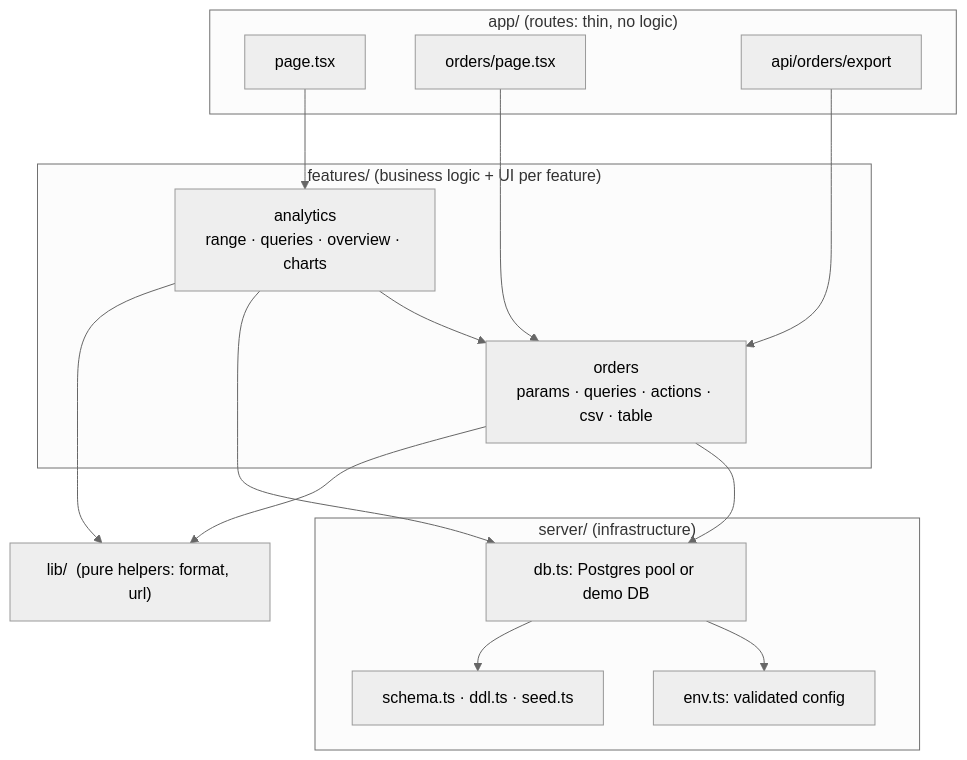
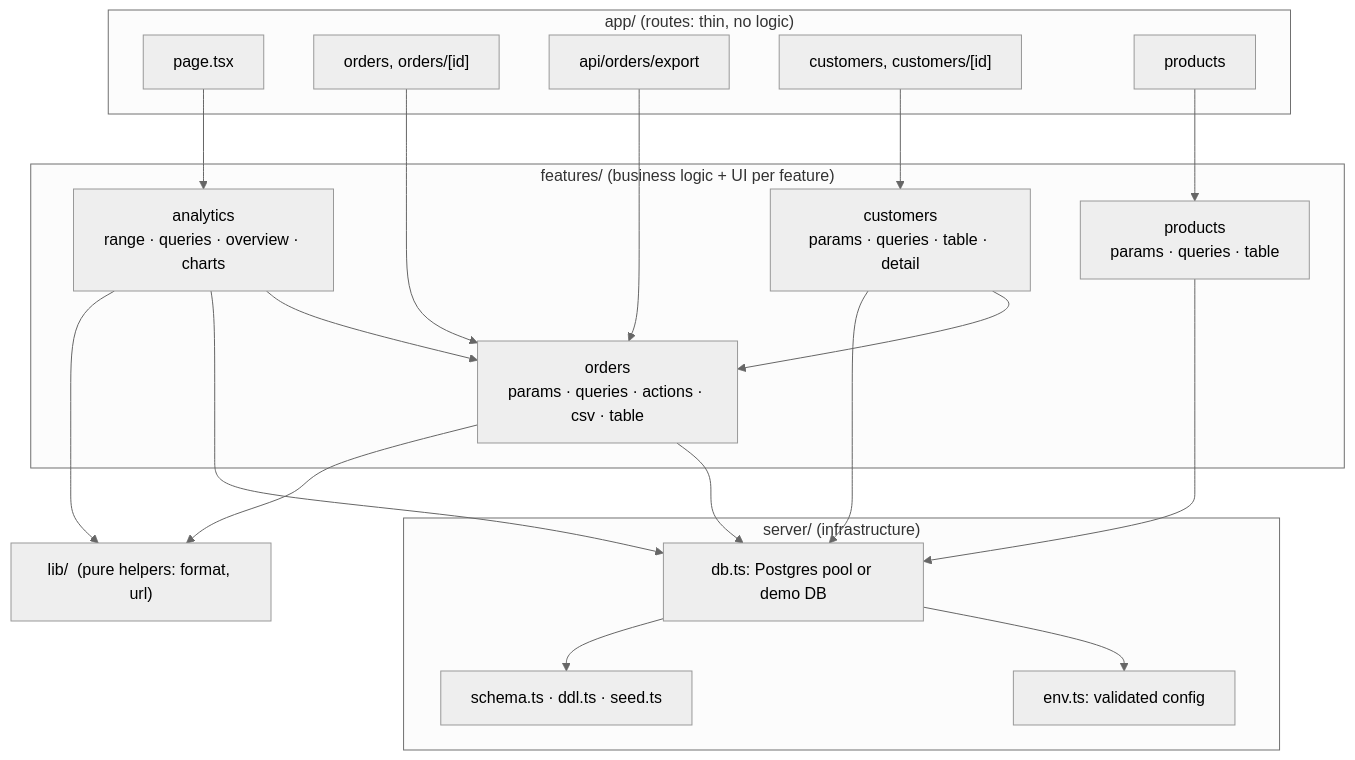
One commit to osamaayub/pulse-dashboard changed the second of 2 diagrams in README.md. Above: the diagram before and after it, drawn with Mermaid (neutral theme). The commit also changed other lines of this file and 1 other file, not shown here.

Commit message:
Vitest @/ alias; README: new pages, structure and architecture

````diff
--- a/README.md
+++ b/README.md
@@ -131,17 +135,19 @@
 ```mermaid
 flowchart TB
     subgraph app["app/  (routes: thin, no logic)"]
-      R1["page.tsx"]; R2["orders/page.tsx"]; R3["api/orders/export"]
+      R1["page.tsx"]; R2["orders, orders/[id]"]; R3["api/orders/export"]; R4["customers, customers/[id]"]; R5["products"]
     end
     subgraph features["features/  (business logic + UI per feature)"]
       A["analytics<br/>range · queries · overview · charts"]
       O["orders<br/>params · queries · actions · csv · table"]
+      C["customers<br/>params · queries · table · detail"]
+      PR["products<br/>params · queries · table"]
     end
     subgraph server["server/  (infrastructure)"]
       DB["db.ts: Postgres pool or demo DB"]; ENV["env.ts: validated config"]; SC["schema.ts · ddl.ts · seed.ts"]
     end
     LIB["lib/  (pure helpers: format, url)"]
-    R1 --> A; R2 --> O; R3 --> O; A --> O
-    A --> DB; O --> DB; DB --> ENV; DB --> SC
+    R1 --> A; R2 --> O; R3 --> O; R4 --> C; R5 --> PR; A --> O; C --> O
+    A --> DB; O --> DB; C --> DB; PR --> DB; DB --> ENV; DB --> SC
     A --> LIB; O --> LIB
 ```
````
